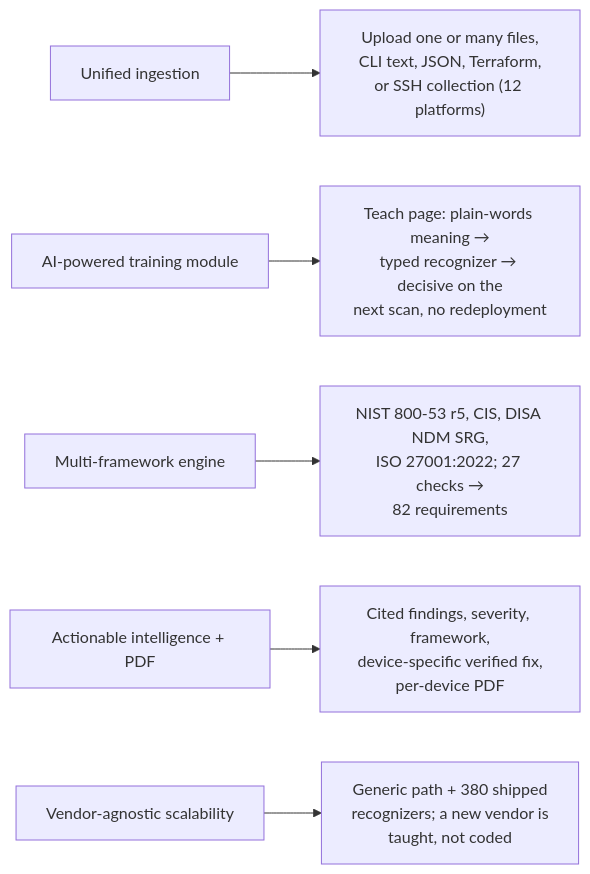
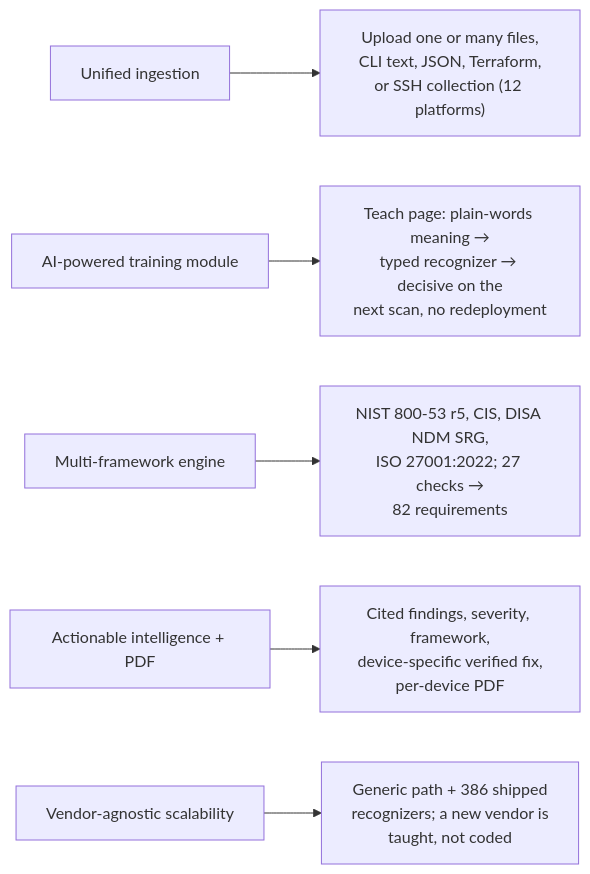
The diagram in docs/requirements.md (astrilo-monk/sih-26155), drawn with Mermaid before and after one commit. The commit also changed other lines of this file and 22 other files, not shown here.

First line of the commit message:
Generic path for the new checks, quick test suite

````diff
--- a/docs/requirements.md
+++ b/docs/requirements.md
@@ -10,8 +10,8 @@
 ```mermaid
 flowchart LR
     R1["Unified ingestion"] --> M1["Upload one or many files,<br/>CLI text, JSON, Terraform,<br/>or SSH collection (12 platforms)"]
     R2["AI-powered training module"] --> M2["Teach page: plain-words meaning →<br/>typed recognizer → decisive on the<br/>next scan, no redeployment"]
     R3["Multi-framework engine"] --> M3["NIST 800-53 r5, CIS, DISA NDM SRG,<br/>ISO 27001:2022; 27 checks →<br/>82 requirements"]
     R4["Actionable intelligence + PDF"] --> M4["Cited findings, severity, framework,<br/>device-specific verified fix,<br/>per-device PDF"]
-    R5["Vendor-agnostic scalability"] --> M5["Generic path + 380 shipped<br/>recognizers; a new vendor is<br/>taught, not coded"]
+    R5["Vendor-agnostic scalability"] --> M5["Generic path + 386 shipped<br/>recognizers; a new vendor is<br/>taught, not coded"]
 ```
````
